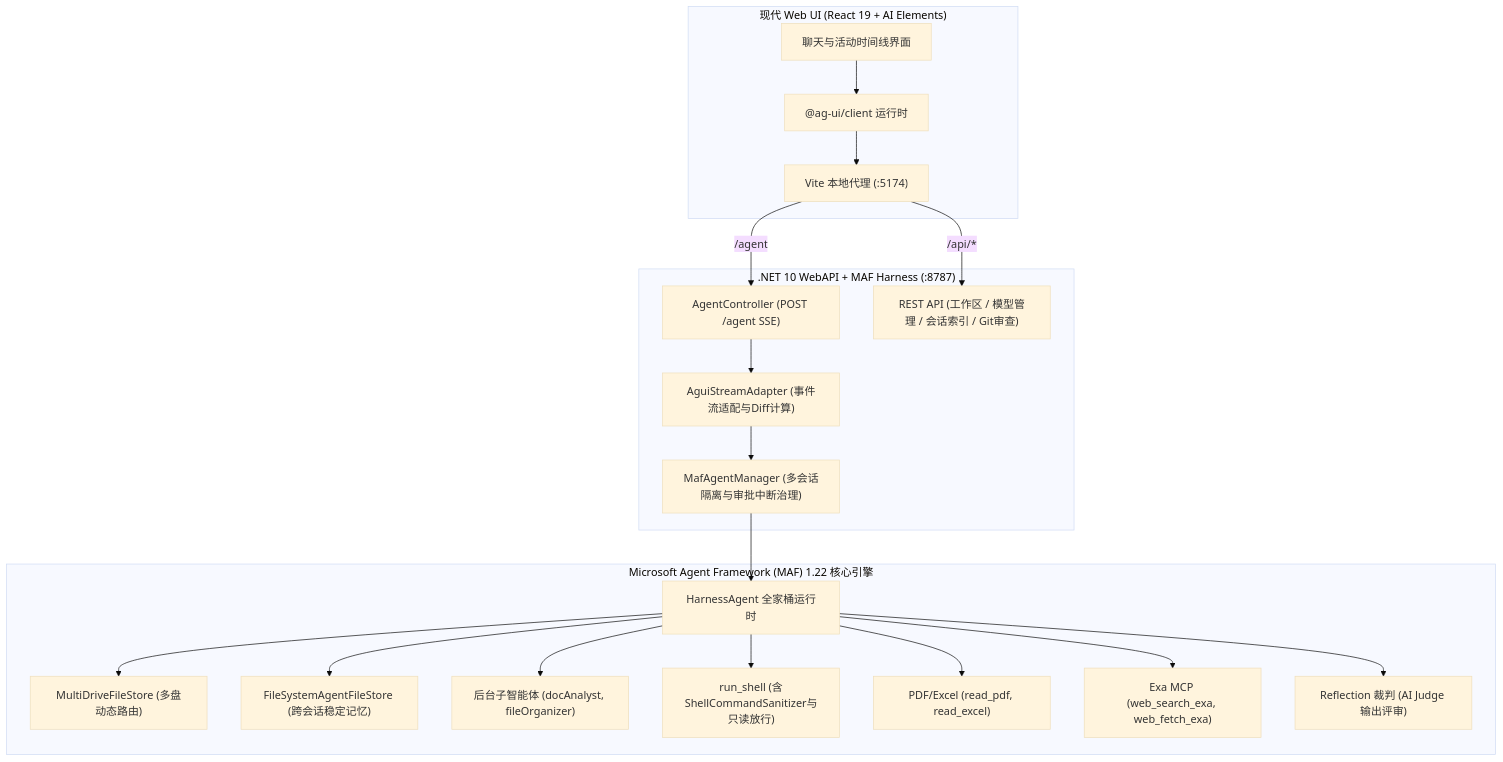
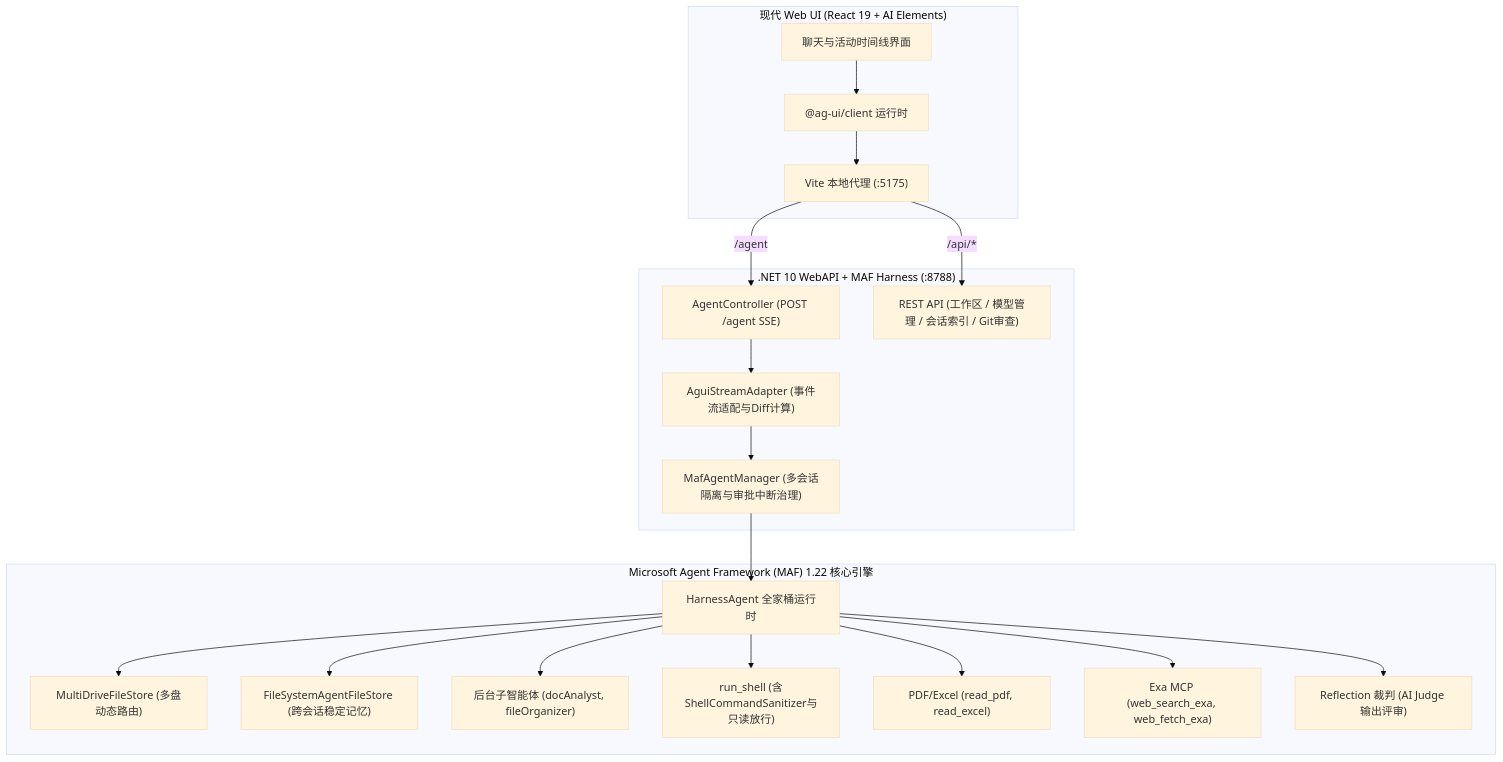
Before and after one commit to yukaimingming/microsoft-agent: the diagram in README.md, drawn with Mermaid (base theme). The commit also changed other lines of this file and 13 other files, not shown here.

Commit message:
fix: 前端端口调整为5175并彻底隔离存储，更新交付截图

````diff
--- a/README.md
+++ b/README.md
@@ -11,42 +11,42 @@
 ```mermaid
 flowchart TD
     subgraph 前端 ["现代 Web UI (React 19 + AI Elements)"]
         UI["聊天与活动时间线界面"]
-        ViteProxy["Vite 本地代理 (:5174)"]
+        ViteProxy["Vite 本地代理 (:5175)"]
         AguiClient["@ag-ui/client 运行时"]
         UI --> AguiClient
         AguiClient --> ViteProxy
     end
 
-    subgraph 后端 [".NET 10 WebAPI + MAF Harness (:8787)"]
+    subgraph 后端 [".NET 10 WebAPI + MAF Harness (:8788)"]
         AgentController["AgentController (POST /agent SSE)"]
         RestControllers["REST API (工作区 / 模型管理 / 会话索引 / Git审查)"]
         AguiAdapter["AguiStreamAdapter (事件流适配与Diff计算)"]
         MafMgr["MafAgentManager (多会话隔离与审批中断治理)"]
         
         ViteProxy -->|/agent| AgentController
         ViteProxy -->|/api/*| RestControllers
         AgentController --> AguiAdapter
         AguiAdapter --> MafMgr
     end
 
     subgraph 引擎 ["Microsoft Agent Framework (MAF) 1.22 核心引擎"]
         HarnessAgent["HarnessAgent 全家桶运行时"]
         FileAccessStore["MultiDriveFileStore (多盘动态路由)"]
         MemoryStore["FileSystemAgentFileStore (跨会话稳定记忆)"]
         Subagents["后台子智能体 (docAnalyst, fileOrganizer)"]
         ShellTools["run_shell (含ShellCommandSanitizer与只读放行)"]
         DocTools["PDF/Excel (read_pdf, read_excel)"]
         WebSearch["Exa MCP (web_search_exa, web_fetch_exa)"]
         Reflection["Reflection 裁判 (AI Judge 输出评审)"]
         
         MafMgr --> HarnessAgent
         HarnessAgent --> FileAccessStore
         HarnessAgent --> MemoryStore
         HarnessAgent --> Subagents
         HarnessAgent --> ShellTools
         HarnessAgent --> DocTools
         HarnessAgent --> WebSearch
         HarnessAgent --> Reflection
     end
 ```
````
